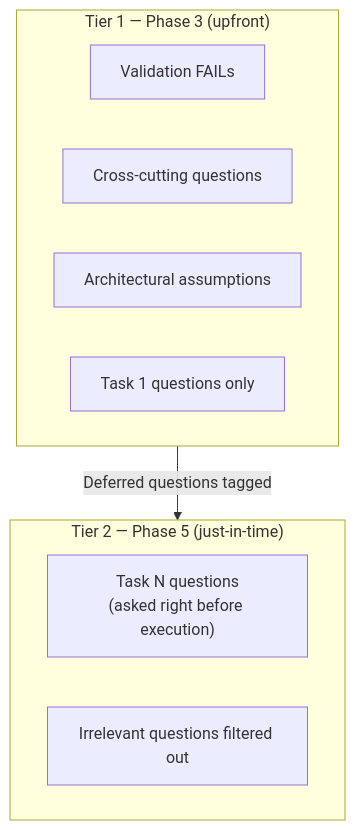
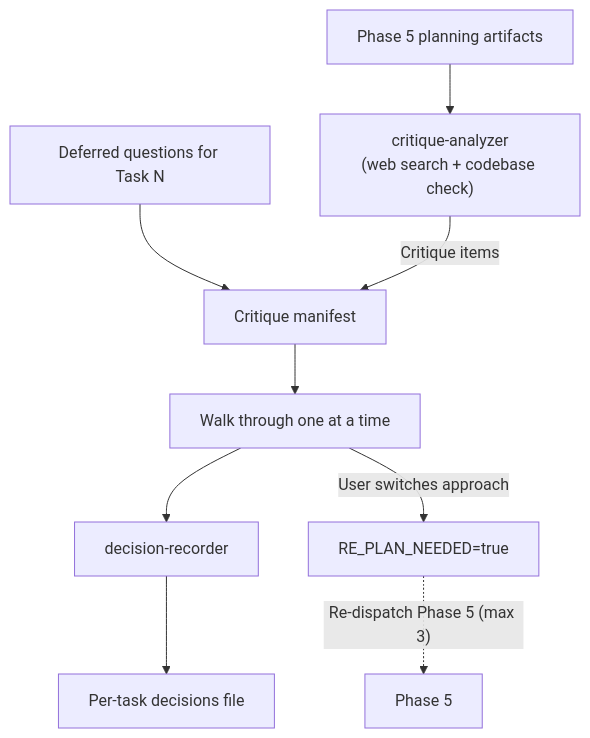
The fourth of 6 diagrams in docs/orchestrating-jira-workflow/01-pipeline-and-phases.md (b-mendoza/agent-skills), drawn with Mermaid before and after one commit. The commit also changed other lines of this file and 5 other files, not shown here.

First line of the commit message:
docs(orchestrating-jira-workflow): update architecture docs for 7-phase pipeline

````diff
--- a/docs/orchestrating-jira-workflow/01-pipeline-and-phases.md
+++ b/docs/orchestrating-jira-workflow/01-pipeline-and-phases.md
@@ -121,16 +209,13 @@
 ```mermaid
 flowchart TD
-    subgraph TIER1["Tier 1 — Phase 3 (upfront)"]
-        VF["Validation FAILs"]
-        CQ["Cross-cutting questions"]
-        AA["Architectural assumptions"]
-        T1Q["Task 1 questions only"]
-    end
+    ARTIFACTS["Phase 5 planning artifacts"] --> CA["critique-analyzer\n(web search + codebase check)"]
+    DEFERRED["Deferred questions for Task N"] --> MANIFEST["Critique manifest"]
+    CA -->|"Critique items"| MANIFEST
 
-    subgraph TIER2["Tier 2 — Phase 5 (just-in-time)"]
-        TN["Task N questions<br/>(asked right before execution)"]
-        IR["Irrelevant questions filtered out"]
-    end
+    MANIFEST --> QA["Walk through one at a time"]
+    QA --> DR["decision-recorder"]
+    DR --> DECISIONS["Per-task decisions file"]
 
-    TIER1 -->|"Deferred questions tagged"| TIER2
+    QA -->|"User switches approach"| REPLAN["RE_PLAN_NEEDED=true"]
+    REPLAN -.->|"Re-dispatch Phase 5 (max 3)"| PHASE5["Phase 5"]
 ```
````
